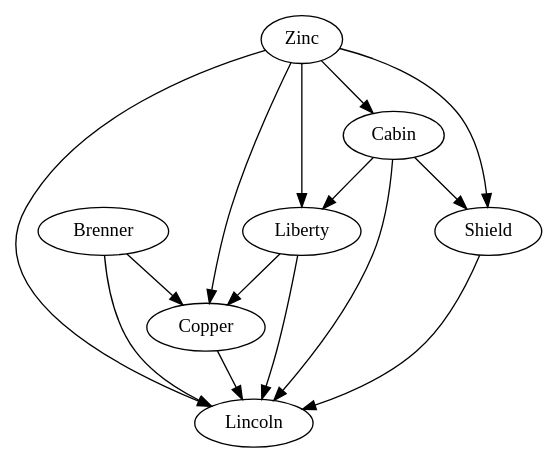
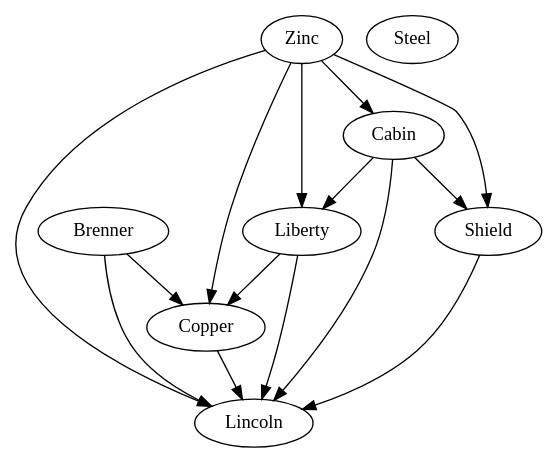
One commit to analyticd/penny changed the diagram in bin/doc/dependencies.dot. Above: the diagram before and after it, drawn with Graphviz. The commit also changed 5 other files, not shown here.

```diff
--- a/bin/doc/dependencies.dot
+++ b/bin/doc/dependencies.dot
@@ -1,22 +1,23 @@
 /* This file shows the dependencies between the different main modules
 of Penny.
 
 To render, run
 dot -Tps dependencies.dot -o dependencies.ps
 */
 digraph G {
         Brenner -> Lincoln;
         Brenner -> Copper;
         Cabin -> Lincoln;
         Cabin -> Liberty;
         Cabin -> Shield;
         Copper -> Lincoln;
         Liberty -> Lincoln;
         Liberty -> Copper;
         Shield -> Lincoln;
         Zinc -> Cabin;
         Zinc -> Copper;
         Zinc -> Liberty;
         Zinc -> Lincoln;
         Zinc -> Shield;
+        Steel;
 }
```
